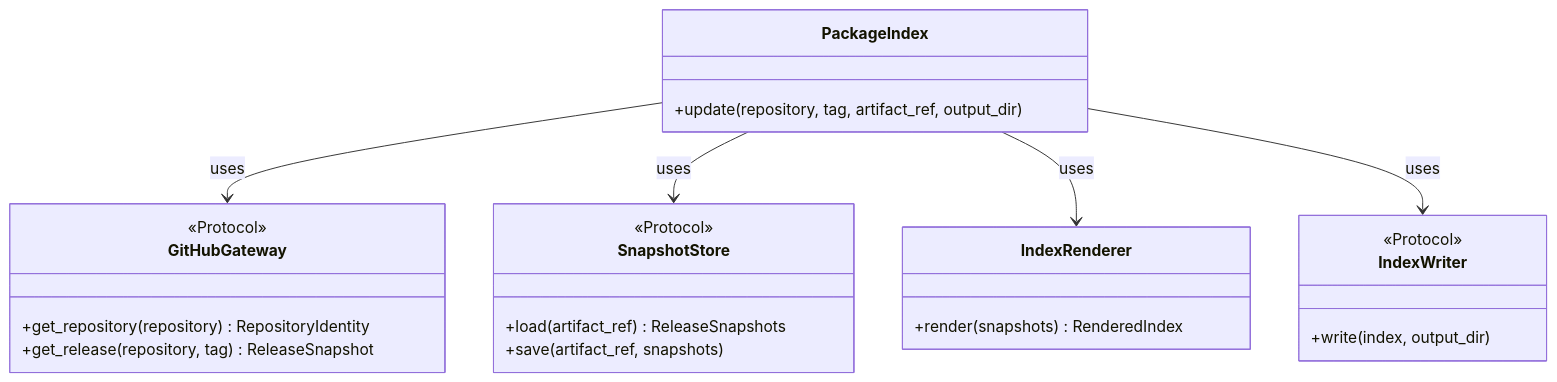
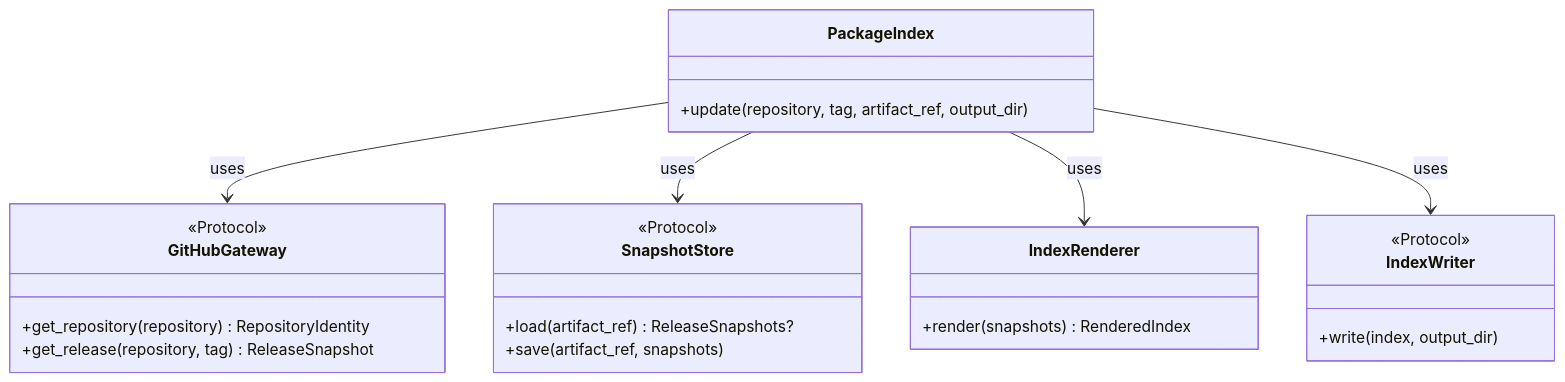
One commit to MtkN1/ghpypi changed the second of 3 diagrams in CONTRIBUTING.md. Above: the diagram before and after it, drawn with Mermaid. The commit also changed other lines of this file and 2 other files, not shown here.

Commit message:
feat: make release snapshots immutable and repository-scoped (#10)

````diff
--- a/CONTRIBUTING.md
+++ b/CONTRIBUTING.md
@@ -109,32 +109,32 @@
 ```mermaid
 classDiagram
     class PackageIndex {
         +update(repository, tag, artifact_ref, output_dir)
     }
 
     class GitHubGateway {
         <<Protocol>>
         +get_repository(repository) RepositoryIdentity
         +get_release(repository, tag) ReleaseSnapshot
     }
 
     class SnapshotStore {
         <<Protocol>>
-        +load(artifact_ref) ReleaseSnapshots
+        +load(artifact_ref) ReleaseSnapshots?
         +save(artifact_ref, snapshots)
     }
 
     class IndexRenderer {
         +render(snapshots) RenderedIndex
     }
 
     class IndexWriter {
         <<Protocol>>
         +write(index, output_dir)
     }
 
     PackageIndex --> GitHubGateway : uses
     PackageIndex --> SnapshotStore : uses
     PackageIndex --> IndexRenderer : uses
     PackageIndex --> IndexWriter : uses
 ```
````
